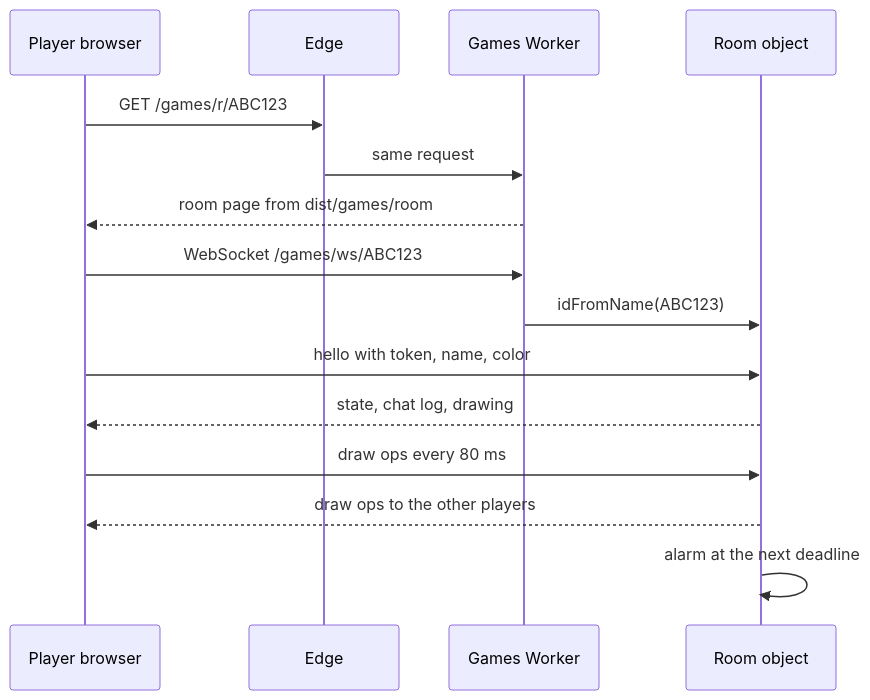
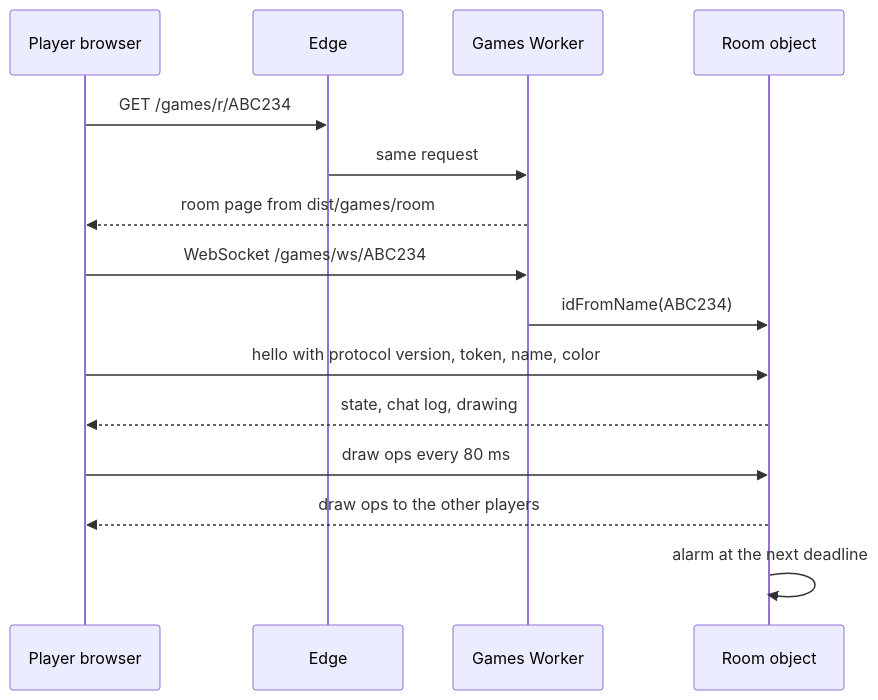
Before and after one commit to workbench-soft/workbench-soft.github.io: the third of 3 diagrams in apps/games/docs/architecture.md, drawn with Mermaid. The commit also changed other lines of this file and 17 other files, not shown here.

````diff
--- a/apps/games/docs/architecture.md
+++ b/apps/games/docs/architecture.md
@@ -36,17 +36,17 @@
 ```mermaid
 sequenceDiagram
   participant P as Player browser
   participant E as Edge
   participant W as Games Worker
   participant R as Room object
-  P->>E: GET /games/r/ABC123
+  P->>E: GET /games/r/ABC234
   E->>W: same request
   W-->>P: room page from dist/games/room
-  P->>W: WebSocket /games/ws/ABC123
-  W->>R: idFromName(ABC123)
-  P->>R: hello with token, name, color
+  P->>W: WebSocket /games/ws/ABC234
+  W->>R: idFromName(ABC234)
+  P->>R: hello with protocol version, token, name, color
   R-->>P: state, chat log, drawing
   P->>R: draw ops every 80 ms
   R-->>P: draw ops to the other players
   R->>R: alarm at the next deadline
 ```
````
